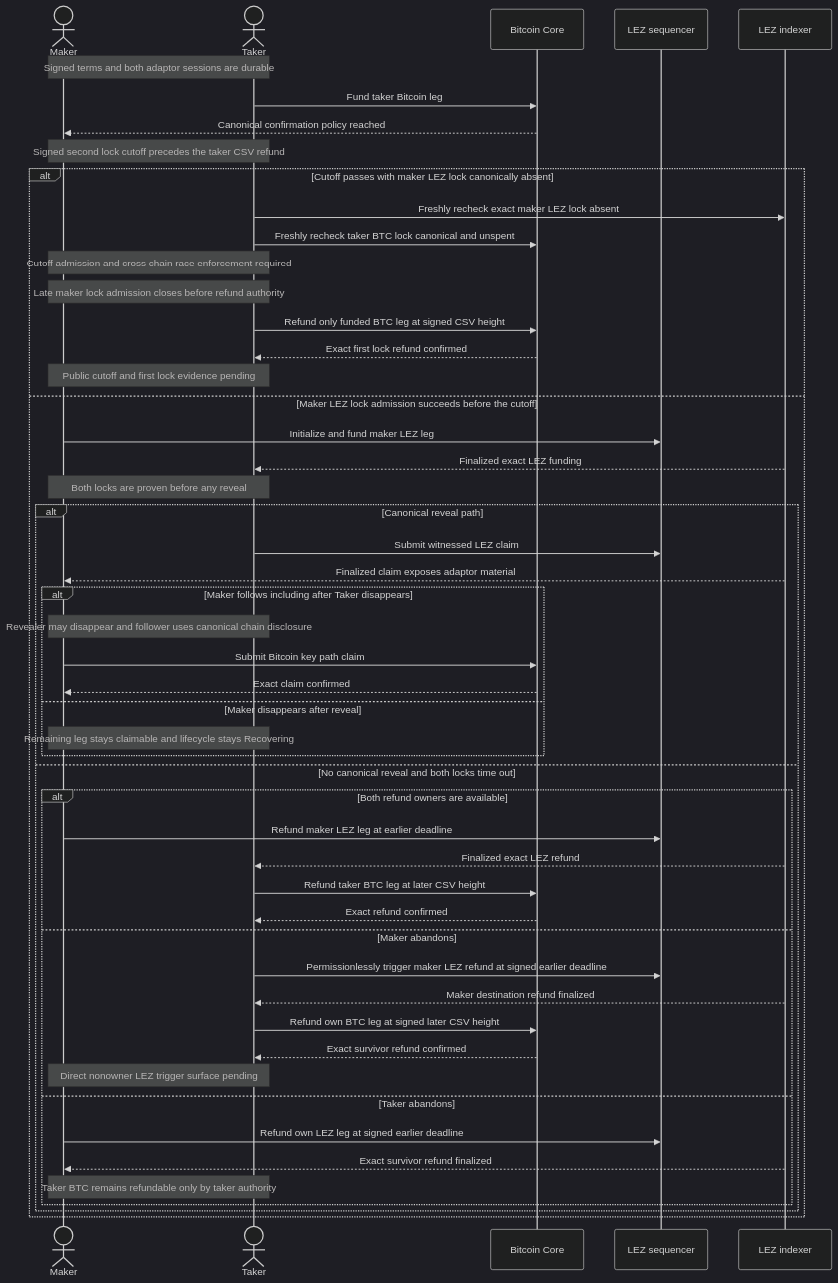
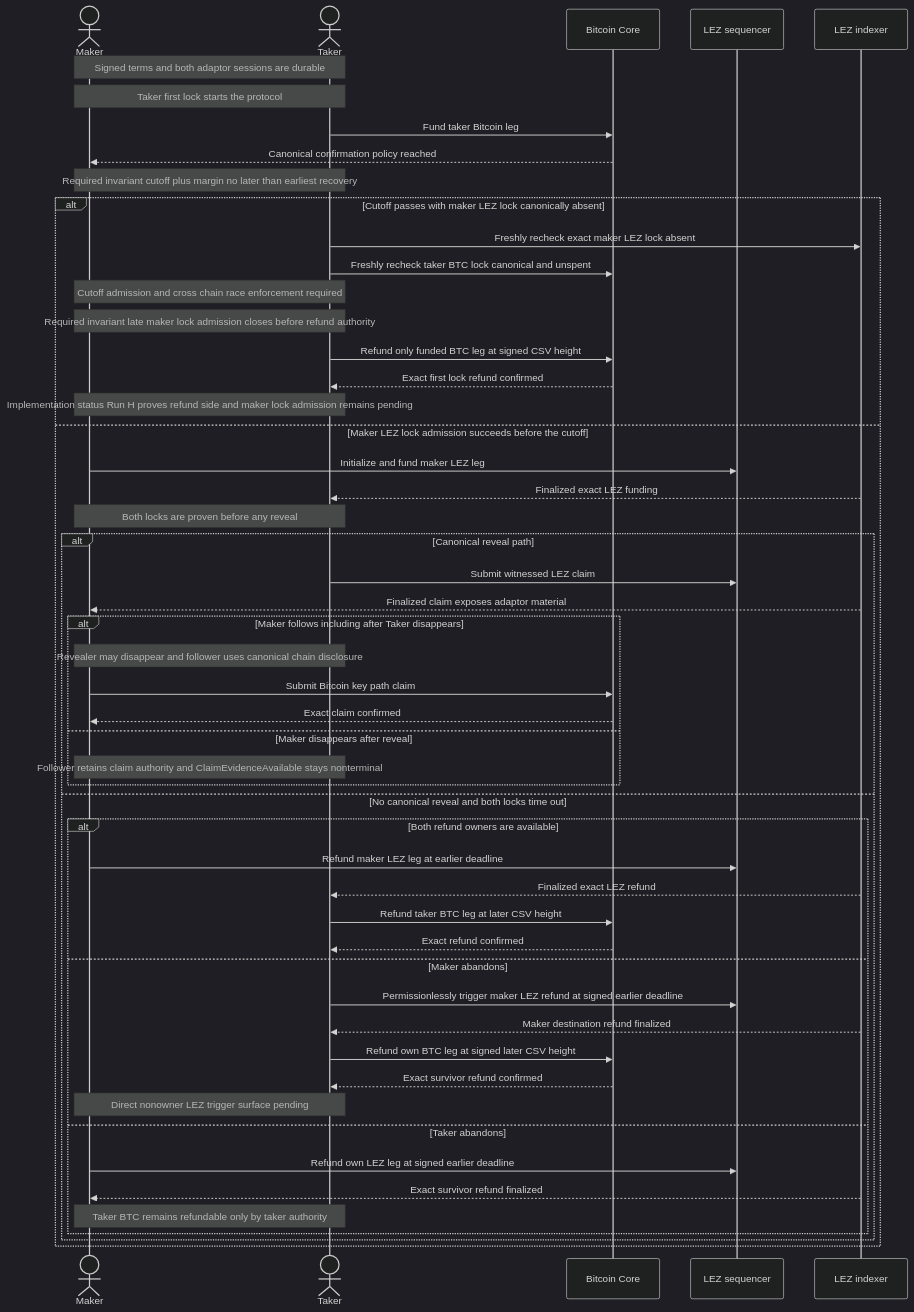
Diagram 12 of 21 in docs/architecture/system-architecture.md (gateway-fm/lez-atomic-swaps), drawn with Mermaid (dark theme) before and after one commit. The commit also changed other lines of this file and 7 other files, not shown here.

Commit message:
docs: certify M3 first-lock refunds

````diff
--- a/docs/architecture/system-architecture.md
+++ b/docs/architecture/system-architecture.md
@@ -1241,54 +1247,55 @@
 ```mermaid
 sequenceDiagram
     actor Maker
     actor Taker
     participant Bitcoin as Bitcoin Core
     participant LezSeq as LEZ sequencer
     participant LezIdx as LEZ indexer
 
     Note over Maker,Taker: Signed terms and both adaptor sessions are durable
+    Note over Maker,Taker: Taker first lock starts the protocol
     Taker->>Bitcoin: Fund taker Bitcoin leg
     Bitcoin-->>Maker: Canonical confirmation policy reached
-    Note over Maker,Taker: Signed second lock cutoff precedes the taker CSV refund
+    Note over Maker,Taker: Required invariant cutoff plus margin no later than earliest recovery
     alt Cutoff passes with maker LEZ lock canonically absent
         Taker->>LezIdx: Freshly recheck exact maker LEZ lock absent
         Taker->>Bitcoin: Freshly recheck taker BTC lock canonical and unspent
         Note over Maker,Taker: Cutoff admission and cross chain race enforcement required
-        Note over Maker,Taker: Late maker lock admission closes before refund authority
+        Note over Maker,Taker: Required invariant late maker lock admission closes before refund authority
         Taker->>Bitcoin: Refund only funded BTC leg at signed CSV height
         Bitcoin-->>Taker: Exact first lock refund confirmed
-        Note over Maker,Taker: Public cutoff and first lock evidence pending
+        Note over Maker,Taker: Implementation status Run H proves refund side and maker lock admission remains pending
     else Maker LEZ lock admission succeeds before the cutoff
         Maker->>LezSeq: Initialize and fund maker LEZ leg
         LezIdx-->>Taker: Finalized exact LEZ funding
         Note over Maker,Taker: Both locks are proven before any reveal
         alt Canonical reveal path
             Taker->>LezSeq: Submit witnessed LEZ claim
             LezIdx-->>Maker: Finalized claim exposes adaptor material
             alt Maker follows including after Taker disappears
                 Note over Maker,Taker: Revealer may disappear and follower uses canonical chain disclosure
                 Maker->>Bitcoin: Submit Bitcoin key path claim
                 Bitcoin-->>Maker: Exact claim confirmed
             else Maker disappears after reveal
-                Note over Maker,Taker: Remaining leg stays claimable and lifecycle stays Recovering
+                Note over Maker,Taker: Follower retains claim authority and ClaimEvidenceAvailable stays nonterminal
             end
         else No canonical reveal and both locks time out
             alt Both refund owners are available
                 Maker->>LezSeq: Refund maker LEZ leg at earlier deadline
                 LezIdx-->>Taker: Finalized exact LEZ refund
                 Taker->>Bitcoin: Refund taker BTC leg at later CSV height
                 Bitcoin-->>Taker: Exact refund confirmed
             else Maker abandons
                 Taker->>LezSeq: Permissionlessly trigger maker LEZ refund at signed earlier deadline
                 LezIdx-->>Taker: Maker destination refund finalized
                 Taker->>Bitcoin: Refund own BTC leg at signed later CSV height
                 Bitcoin-->>Taker: Exact survivor refund confirmed
                 Note over Maker,Taker: Direct nonowner LEZ trigger surface pending
             else Taker abandons
                 Maker->>LezSeq: Refund own LEZ leg at signed earlier deadline
                 LezIdx-->>Maker: Exact survivor refund finalized
                 Note over Maker,Taker: Taker BTC remains refundable only by taker authority
             end
         end
     end
 ```
````
